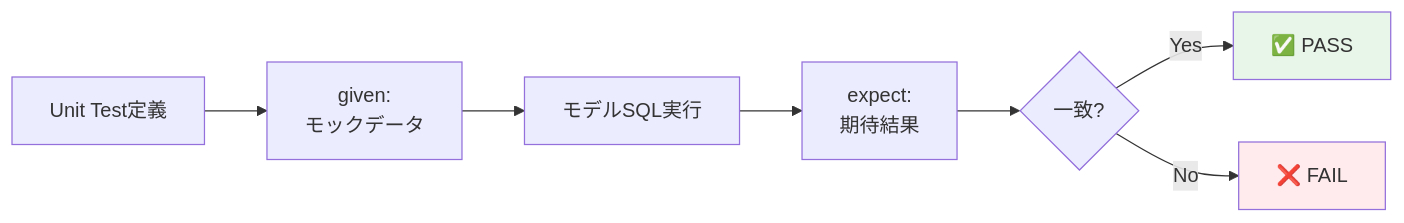
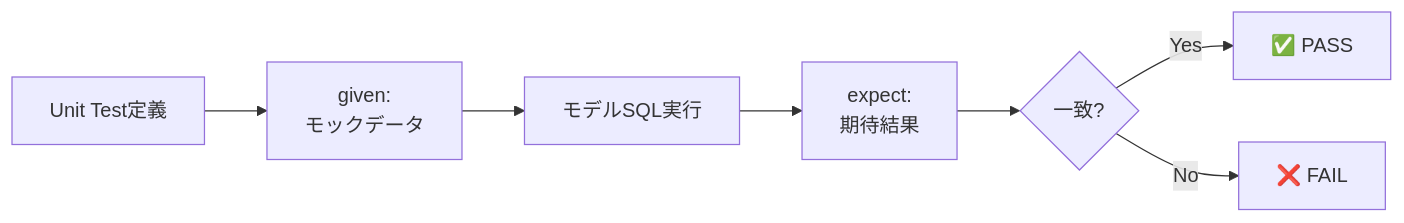
One commit to 1210yuichi0/1210yuichi0.github.io changed the first of 4 diagrams in content/Tech/dbt/features/unit-tests-verification.md. Above: the diagram before and after it, drawn with Mermaid. The commit also changed other lines of this file and 22 other files, not shown here.

First line of the commit message:
style: remove Mermaid style directives for dark mode compatibility

````diff
--- a/content/Tech/dbt/features/unit-tests-verification.md
+++ b/content/Tech/dbt/features/unit-tests-verification.md
@@ -63,12 +63,10 @@
 ```mermaid
 flowchart LR
     A[Unit Test定義] --> B[given:<br/>モックデータ]
     B --> C[モデルSQL実行]
     C --> D[expect:<br/>期待結果]
     D --> E{一致?}
     E -->|Yes| F[✅ PASS]
     E -->|No| G[❌ FAIL]
 
-    style F fill:#e8f5e9
-    style G fill:#ffebee
 ```
````
